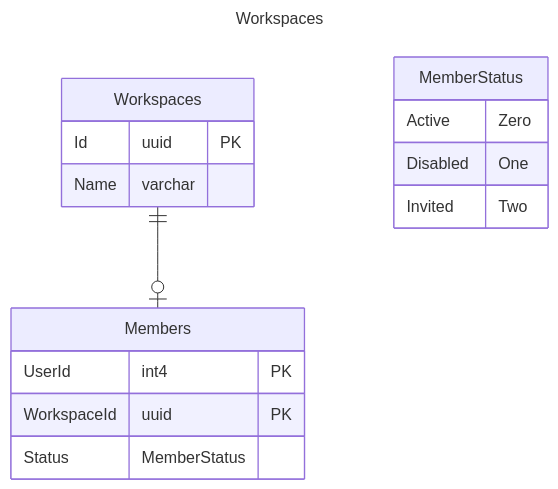
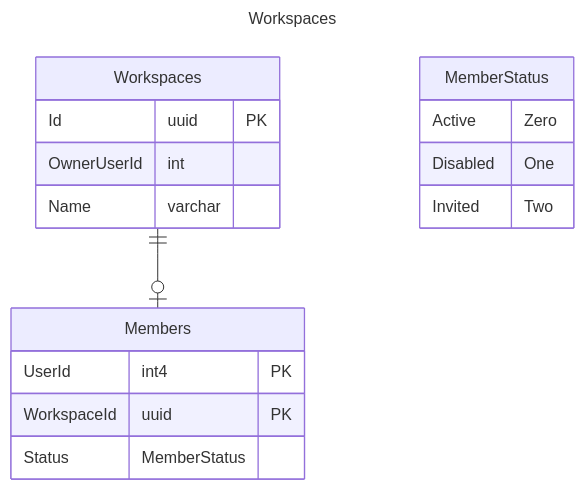
Before and after one commit to danyducky/hot-knowledge: the diagram in docs/database/workspaces.MD, drawn with Mermaid.

Commit message:
Add owner user identifier TASK-39

````diff
--- a/docs/database/workspaces.MD
+++ b/docs/database/workspaces.MD
@@ -2,24 +2,25 @@
 ```mermaid
 ---
 title: Workspaces
 ---
 
 erDiagram
     Workspaces ||--o| Members : ""
     Workspaces {
         Id uuid PK
+        OwnerUserId int
         Name varchar
     }
 
     Members {
         UserId int4 PK
         WorkspaceId uuid PK
         Status MemberStatus
     }
 
     MemberStatus {
         Active Zero
         Disabled One
         Invited Two
     }
 ```
````
